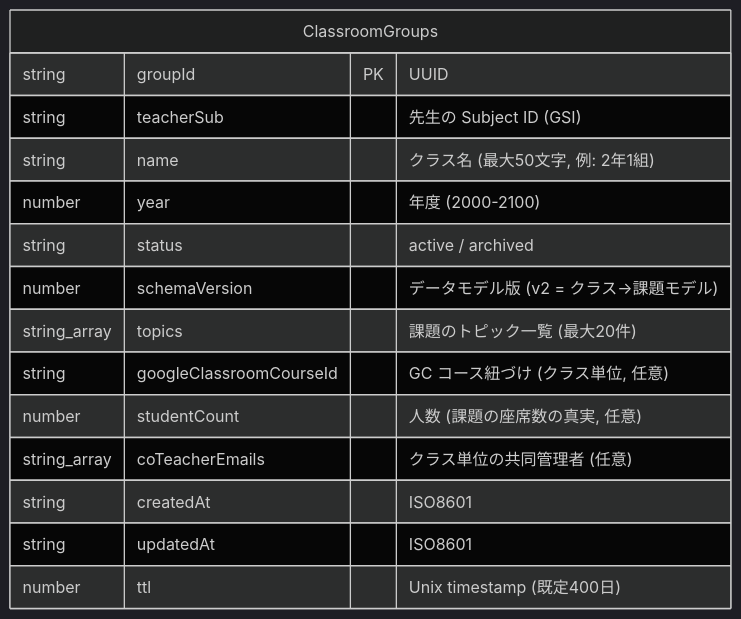
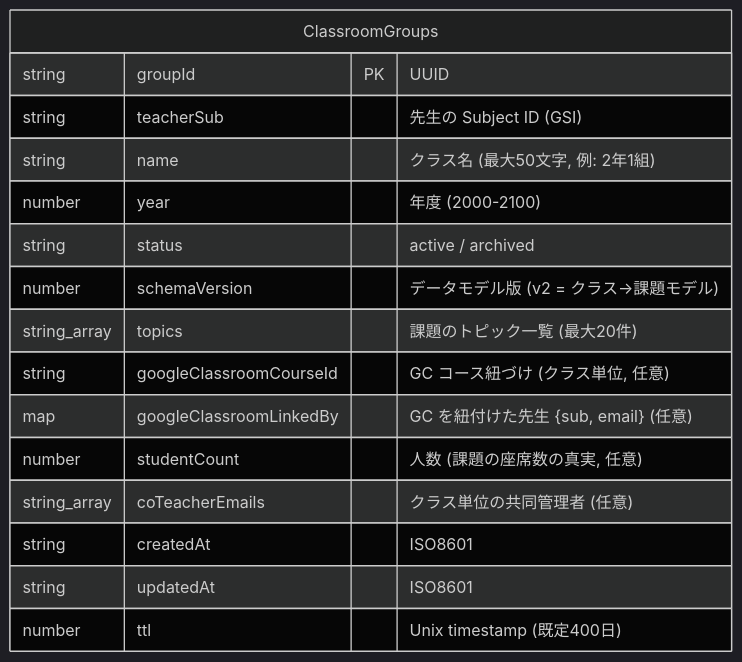
Before and after one commit to smalruby/smalruby3-editor: the eighth of 8 diagrams in docs/classroom/architecture.md, drawn with Mermaid (dark theme). The commit also changed other lines of this file and 23 other files, not shown here.

First line of the commit message:
fix(classroom): gate Google Classroom share on being a teacher of the course

````diff
--- a/docs/classroom/architecture.md
+++ b/docs/classroom/architecture.md
@@ -420,18 +443,19 @@
 ```mermaid
 erDiagram
     ClassroomGroups {
         string groupId PK "UUID"
         string teacherSub "先生の Subject ID (GSI)"
         string name "クラス名 (最大50文字, 例: 2年1組)"
         number year "年度 (2000-2100)"
         string status "active / archived"
         number schemaVersion "データモデル版 (v2 = クラス→課題モデル)"
         string_array topics "課題のトピック一覧 (最大20件)"
         string googleClassroomCourseId "GC コース紐づけ (クラス単位, 任意)"
+        map googleClassroomLinkedBy "GC を紐付けた先生 {sub, email} (任意)"
         number studentCount "人数 (課題の座席数の真実, 任意)"
         string_array coTeacherEmails "クラス単位の共同管理者 (任意)"
         string createdAt "ISO8601"
         string updatedAt "ISO8601"
         number ttl "Unix timestamp (既定400日)"
     }
 ```
````
